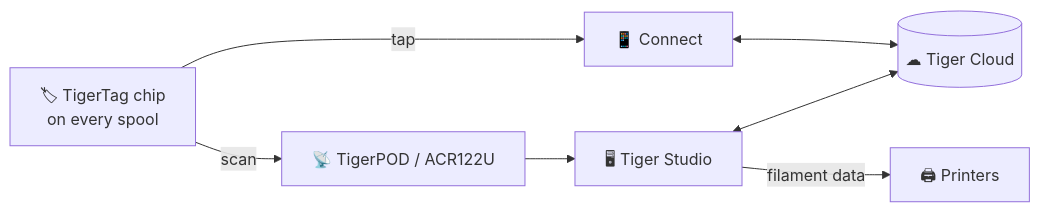
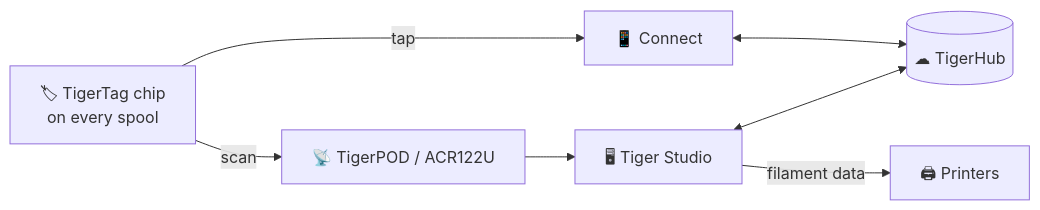
Before and after one commit to TigerTag-Project/TigerSystem-Docs: the diagram in docs/products/tigertag.md, drawn with Mermaid. The commit also changed 23 other files, not shown here.

Commit message:
Fix terminology: the Firebase account backbone is TigerHub (drop the invented 'Tiger Cloud' name, merge the two product pages)

````diff
--- a/docs/products/tigertag.md
+++ b/docs/products/tigertag.md
@@ -15,7 +15,7 @@
 ```mermaid
 flowchart LR
     TAG["🏷 TigerTag chip<br/>on every spool"] -- "tap" --> CO["📱 Connect"]
     TAG -- "scan" --> RD["📡 TigerPOD / ACR122U"] --> ST["🖥 Tiger Studio"]
-    CO & ST <--> CLOUD[("☁ Tiger Cloud")]
+    CO & ST <--> CLOUD[("☁ TigerHub")]
     ST -- "filament data" --> PRN["🖨 Printers"]
 ```
````
